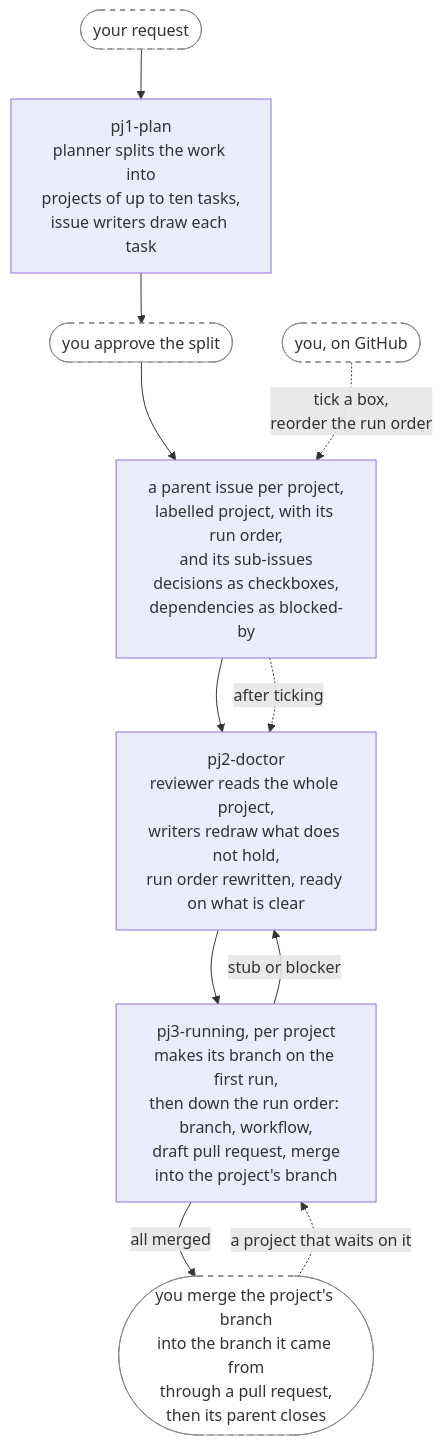
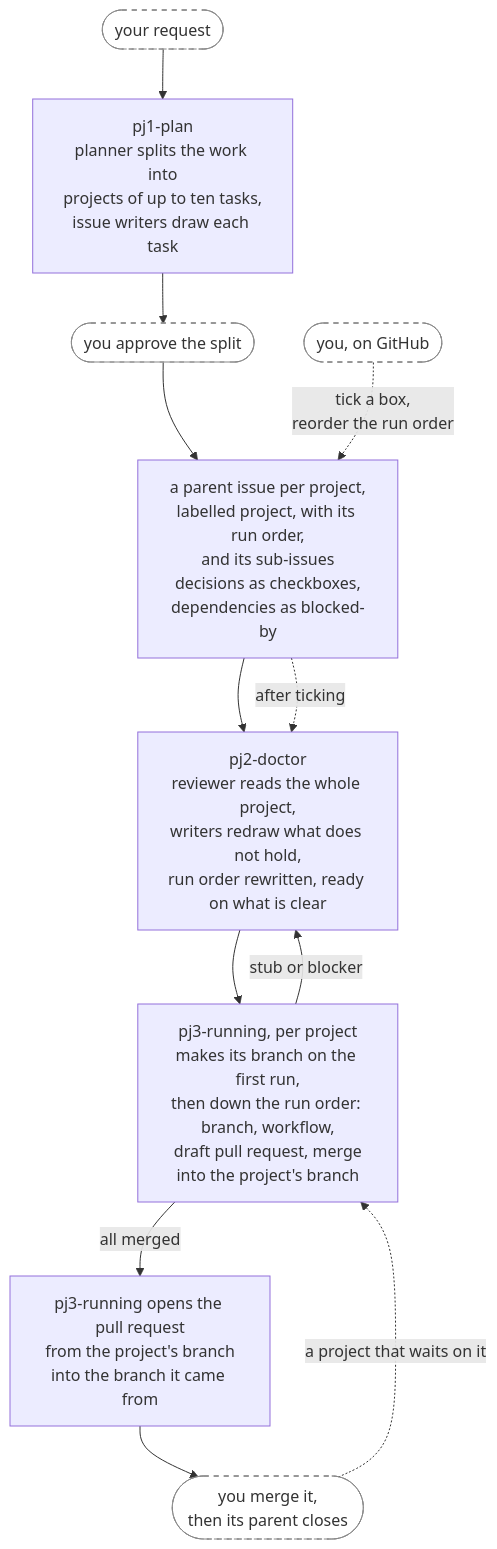
The third of 4 diagrams in plugins/annetaan/README.md (annetaan/claude-plugins), drawn with Mermaid before and after one commit. The commit also changed other lines of this file and 7 other files, not shown here.

First line of the commit message:
feat: open the project's pull request at the end of pj3-running (#33)

````diff
--- a/plugins/annetaan/README.md
+++ b/plugins/annetaan/README.md
@@ -217,16 +218,17 @@
 ```mermaid
 flowchart TD
     req(["your request"]) --> plan["pj1-plan<br/>planner splits the work into<br/>projects of up to ten tasks,<br/>issue writers draw each task"]
     plan --> approve(["you approve the split"]) --> filed["a parent issue per project,<br/>labelled project, with its run order,<br/>and its sub-issues<br/>decisions as checkboxes,<br/>dependencies as blocked-by"]
     filed --> doctor["pj2-doctor<br/>reviewer reads the whole project,<br/>writers redraw what does not hold,<br/>run order rewritten, ready on what is clear"]
     doctor --> run["pj3-running, per project<br/>makes its branch on the first run,<br/>then down the run order: branch, workflow,<br/>draft pull request, merge<br/>into the project's branch"]
     run -->|"stub or blocker"| doctor
-    run -->|"all merged"| done(["you merge the project's branch<br/>into the branch it came from<br/>through a pull request,<br/>then its parent closes"])
+    run -->|"all merged"| pr["pj3-running opens the pull request<br/>from the project's branch<br/>into the branch it came from"]
+    pr --> done(["you merge it,<br/>then its parent closes"])
     done -.->|"a project that waits on it"| run
 
     you(["you, on GitHub"]) -.->|"tick a box,<br/>reorder the run order"| filed
     filed -.->|"after ticking"| doctor
 
     classDef human fill:#fff,stroke:#888,stroke-dasharray: 5 5
     class req,approve,you,done human
 ```
````
